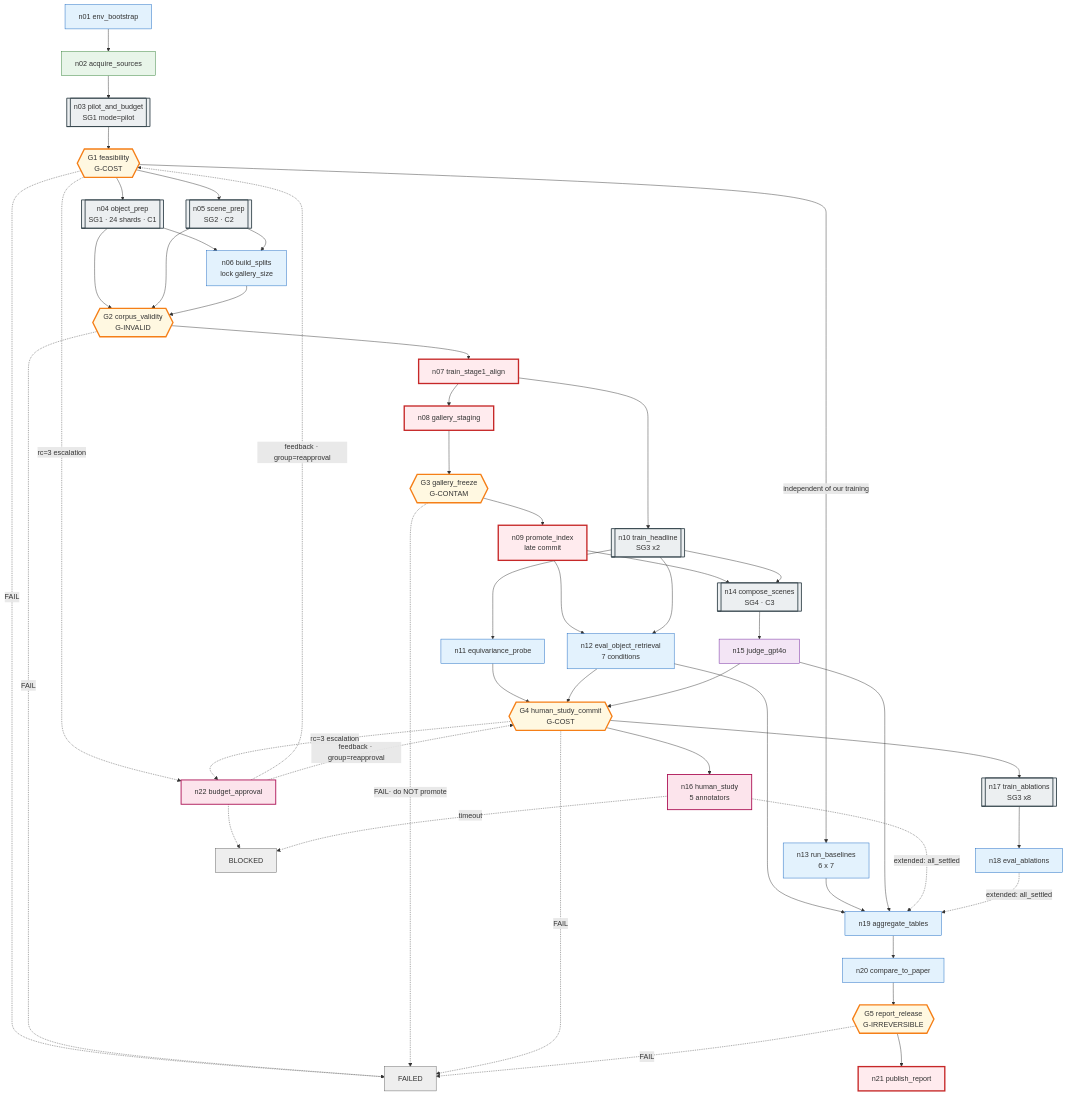
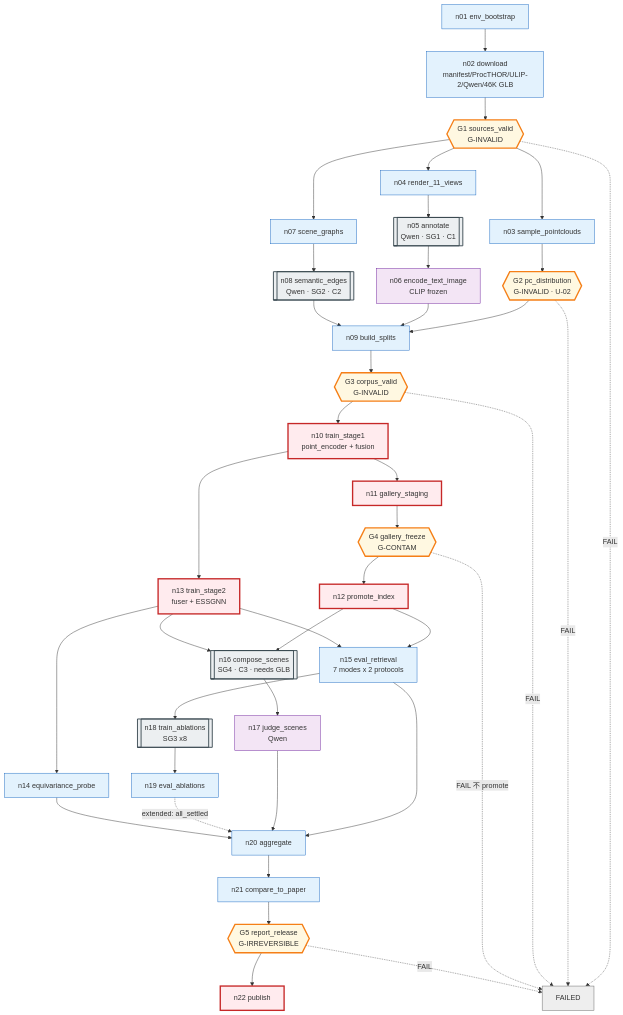
Before and after one commit to Kyzen5128/MetaFindV1: the diagram in docs/graph/01_GRAPH_SPEC.md, drawn with Mermaid. The commit also changed other lines of this file and 5 other files, not shown here.

````diff
--- a/docs/graph/01_GRAPH_SPEC.md
+++ b/docs/graph/01_GRAPH_SPEC.md
@@ -535,91 +394,50 @@
 ```mermaid
 graph TD
   classDef compute  fill:#e3f2fd,stroke:#1565c0
-  classDef retrieve fill:#e8f5e9,stroke:#2e7d32
   classDef model    fill:#f3e5f5,stroke:#6a1b9a
   classDef mutate   fill:#ffebee,stroke:#c62828,stroke-width:3px
   classDef gate     fill:#fff8e1,stroke:#f57f17,stroke-width:3px
-  classDef human    fill:#fce4ec,stroke:#ad1457,stroke-width:2px
   classDef sub      fill:#eceff1,stroke:#37474f,stroke-width:2px
   classDef term     fill:#eeeeee,stroke:#616161
 
-  n01[n01 env_bootstrap]:::compute
-  n02[n02 acquire_sources]:::retrieve
-  n03[[n03 pilot_and_budget<br/>SG1 mode=pilot]]:::sub
-  G1{{G1 feasibility<br/>G-COST}}:::gate
+  n01[n01 env_bootstrap]:::compute --> n02[n02 download<br/>manifest/ProcTHOR/ULIP-2/Qwen/46K GLB]:::compute
+  n02 --> G1{{G1 sources_valid<br/>G-INVALID}}:::gate
+  G1 --> n03[n03 sample_pointclouds]:::compute
+  G1 --> n04[n04 render_11_views]:::compute
+  G1 --> n07[n07 scene_graphs]:::compute
+  n03 --> G2{{G2 pc_distribution<br/>G-INVALID · U-02}}:::gate
+  n04 --> n05[[n05 annotate<br/>Qwen · SG1 · C1]]:::sub
+  n07 --> n08[[n08 semantic_edges<br/>Qwen · SG2 · C2]]:::sub
+  G2 --> n09[n09 build_splits]:::compute
+  n05 --> n06[n06 encode_text_image<br/>CLIP frozen]:::model
+  n06 --> n09
+  n08 --> n09
+  n09 --> G3{{G3 corpus_valid<br/>G-INVALID}}:::gate
+  G3 --> n10[n10 train_stage1<br/>point_encoder + fusion]:::mutate
+  n10 --> n11[n11 gallery_staging]:::mutate
+  n11 --> G4{{G4 gallery_freeze<br/>G-CONTAM}}:::gate
+  G4 --> n12[n12 promote_index]:::mutate
+  n10 --> n13[n13 train_stage2<br/>fuser + ESSGNN]:::mutate
+  n13 --> n14[n14 equivariance_probe]:::compute
+  n12 --> n15[n15 eval_retrieval<br/>7 modes x 2 protocols]:::compute
+  n13 --> n15
+  n12 --> n16[[n16 compose_scenes<br/>SG4 · C3 · needs GLB]]:::sub
+  n13 --> n16
+  n16 --> n17[n17 judge_scenes<br/>Qwen]:::model
+  n15 --> n18[[n18 train_ablations<br/>SG3 x8]]:::sub
+  n18 --> n19[n19 eval_ablations]:::compute
+  n15 --> n20[n20 aggregate]:::compute
+  n17 --> n20
+  n19 -.->|extended: all_settled| n20
+  n14 --> n20
+  n20 --> n21[n21 compare_to_paper]:::compute
+  n21 --> G5{{G5 report_release<br/>G-IRREVERSIBLE}}:::gate
+  G5 --> n22[n22 publish]:::mutate
 
-  n04[[n04 object_prep<br/>SG1 · 24 shards · C1]]:::sub
-  n05[[n05 scene_prep<br/>SG2 · C2]]:::sub
-  n06[n06 build_splits<br/>lock gallery_size]:::compute
-  G2{{G2 corpus_validity<br/>G-INVALID}}:::gate
-
-  n07[n07 train_stage1_align]:::mutate
-  n08[n08 gallery_staging]:::mutate
-  G3{{G3 gallery_freeze<br/>G-CONTAM}}:::gate
-  n09[n09 promote_index<br/>late commit]:::mutate
-  n10[[n10 train_headline<br/>SG3 x2]]:::sub
-  n11[n11 equivariance_probe]:::compute
-
-  n12[n12 eval_object_retrieval<br/>7 conditions]:::compute
-  n13[n13 run_baselines<br/>6 x 7]:::compute
-  n14[[n14 compose_scenes<br/>SG4 · C3]]:::sub
-  n15[n15 judge_gpt4o]:::model
-  G4{{G4 human_study_commit<br/>G-COST}}:::gate
-
-  n16[n16 human_study<br/>5 annotators]:::human
-  n17[[n17 train_ablations<br/>SG3 x8]]:::sub
-  n18[n18 eval_ablations]:::compute
-
-  n19[n19 aggregate_tables]:::compute
-  n20[n20 compare_to_paper]:::compute
-  G5{{G5 report_release<br/>G-IRREVERSIBLE}}:::gate
-  n21[n21 publish_report]:::mutate
-
-  n22[n22 budget_approval]:::human
   HALT[FAILED]:::term
-  BLK[BLOCKED]:::term
-
-  n01 --> n02 --> n03 --> G1
-  G1 --> n04
-  G1 --> n05
-  G1 -->|independent of our training| n13
-  n04 --> n06
-  n05 --> n06
-  n04 --> G2
-  n05 --> G2
-  n06 --> G2
-  G2 --> n07
-  n07 --> n08 --> G3 --> n09
-  n07 --> n10
-  n10 --> n11
-  n09 --> n12
-  n10 --> n12
-  n09 --> n14
-  n10 --> n14
-  n14 --> n15
-  n11 --> G4
-  n12 --> G4
-  n15 --> G4
-  G4 --> n16
-  G4 --> n17
-  n17 --> n18
-  n12 --> n19
-  n13 --> n19
-  n15 --> n19
-  n16 -.->|extended: all_settled| n19
-  n18 -.->|extended: all_settled| n19
-  n19 --> n20 --> G5 --> n21
-
-  G1 -.->|rc=3 escalation| n22
-  G4 -.->|rc=3 escalation| n22
-  n22 -.->|feedback · group=reapproval| G1
-  n22 -.->|feedback · group=reapproval| G4
-  n22 -.-> BLK
-  n16 -.->|timeout| BLK
-
   G1 -.->|FAIL| HALT
   G2 -.->|FAIL| HALT
-  G3 -.->|FAIL· do NOT promote| HALT
-  G4 -.->|FAIL| HALT
+  G3 -.->|FAIL| HALT
+  G4 -.->|FAIL 不 promote| HALT
   G5 -.->|FAIL| HALT
 ```
````
